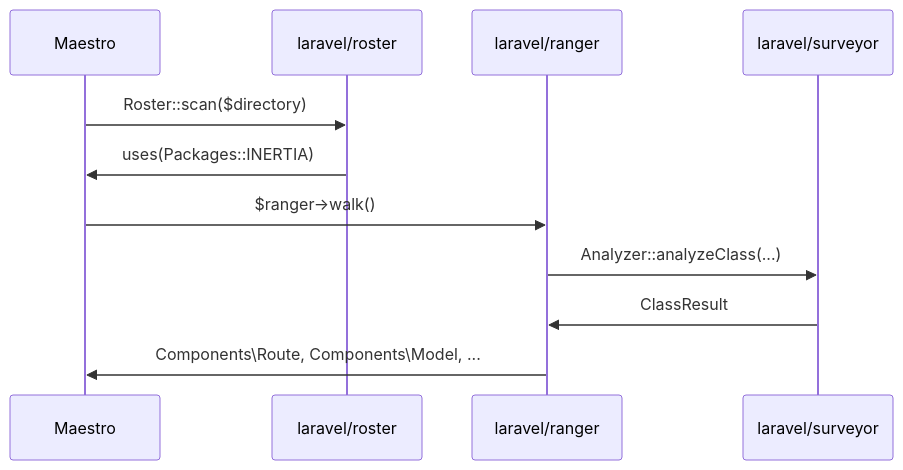
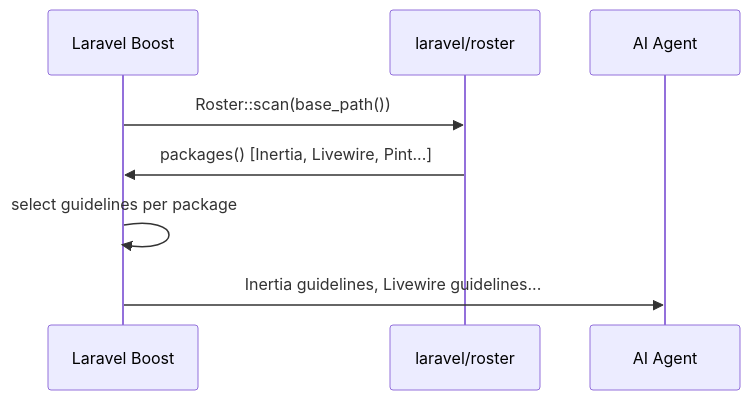
One commit to kawax/mintlify-docs changed the second of 3 diagrams in en/blog/laravel-ecosystem-analysis.mdx. Above: the diagram before and after it, drawn with Mermaid. The commit also changed other lines of this file and 1 other file, not shown here.

Commit message:
laravel-ecosystem-analysis: 実際のユースケースをMaestroからLaravel Boostに変更 (#287)
* Initial plan

* feat: replace Maestro with Laravel Boost in laravel-ecosystem-analysis.mdx

Agent-Logs-Url: https://github.com/kawax/mintlify-docs/sessions/541811e9-8c5c-48f3-9f92-40603ae07c60

---------

````diff
--- a/en/blog/laravel-ecosystem-analysis.mdx
+++ b/en/blog/laravel-ecosystem-analysis.mdx
@@ -292,13 +292,10 @@
 ```mermaid
 sequenceDiagram
-    participant Maestro as Maestro
+    participant Boost as Laravel Boost
     participant Roster as laravel/roster
-    participant Ranger as laravel/ranger
-    participant Surveyor as laravel/surveyor
-    Maestro->>Roster: Roster::scan($directory)
-    Roster->>Maestro: uses(Packages::INERTIA)
-    Maestro->>Ranger: $ranger->walk()
-    Ranger->>Surveyor: Analyzer::analyzeClass(...)
-    Surveyor->>Ranger: ClassResult
-    Ranger->>Maestro: Components\Route, Components\Model, ...
+    participant AI as AI Agent
+    Boost->>Roster: Roster::scan(base_path())
+    Roster->>Boost: packages() [Inertia, Livewire, Pint...]
+    Boost->>Boost: select guidelines per package
+    Boost->>AI: Inertia guidelines, Livewire guidelines...
 ```
````
